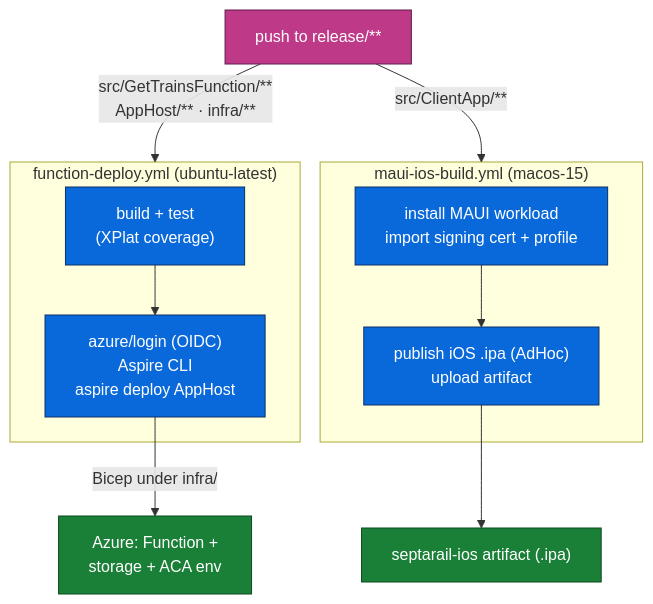
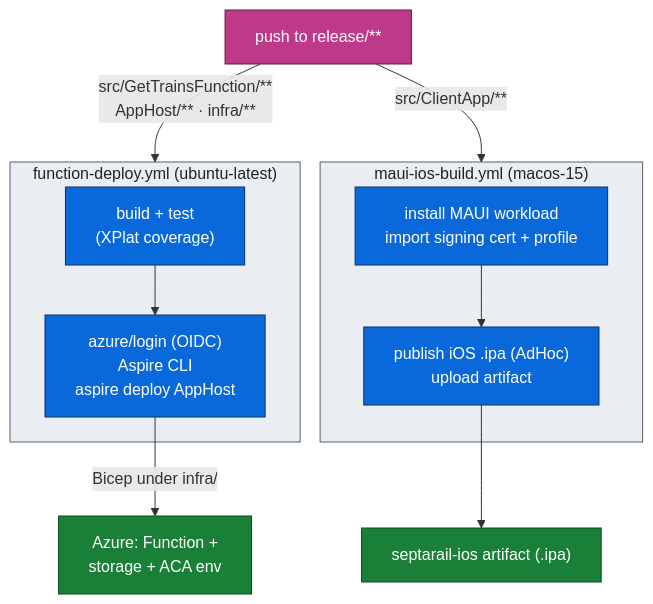
The second of 2 diagrams in README.md (NavneetHegde/SeptaRail), drawn with Mermaid before and after one commit. The commit also changed other lines of this file, not shown here.

Commit message:
Style Mermaid subgraph backgrounds light gray

````diff
--- a/README.md
+++ b/README.md
@@ -50,29 +53,32 @@
 ```mermaid
 flowchart TD
     push["push to release/**"]
 
     push -->|"src/GetTrainsFunction/**<br/>AppHost/** · infra/**"| FW["function-deploy.yml"]
     push -->|"src/ClientApp/**"| MW["maui-ios-build.yml"]
 
     subgraph FW["function-deploy.yml (ubuntu-latest)"]
         FB["build + test<br/>(XPlat coverage)"]
         FD["azure/login (OIDC)<br/>Aspire CLI<br/>aspire deploy AppHost"]
         FB --> FD
     end
 
     subgraph MW["maui-ios-build.yml (macos-15)"]
         MB["install MAUI workload<br/>import signing cert + profile"]
         MP["publish iOS .ipa (AdHoc)<br/>upload artifact"]
         MB --> MP
     end
 
     FD -->|"Bicep under infra/"| AZ["Azure: Function +<br/>storage + ACA env"]
     MP --> ART["septarail-ios artifact (.ipa)"]
 
     classDef trigger fill:#bf3989,stroke:#5e1d47,stroke-width:1px,color:#ffffff;
     classDef job fill:#0969da,stroke:#0a3069,stroke-width:1px,color:#ffffff;
     classDef out fill:#1a7f37,stroke:#0c4a1f,stroke-width:1px,color:#ffffff;
     class push trigger;
     class FB,FD,MB,MP job;
     class AZ,ART out;
+
+    style FW fill:#eaeef2,stroke:#57606a,stroke-width:1px,color:#1f2328;
+    style MW fill:#eaeef2,stroke:#57606a,stroke-width:1px,color:#1f2328;
 ```
````
